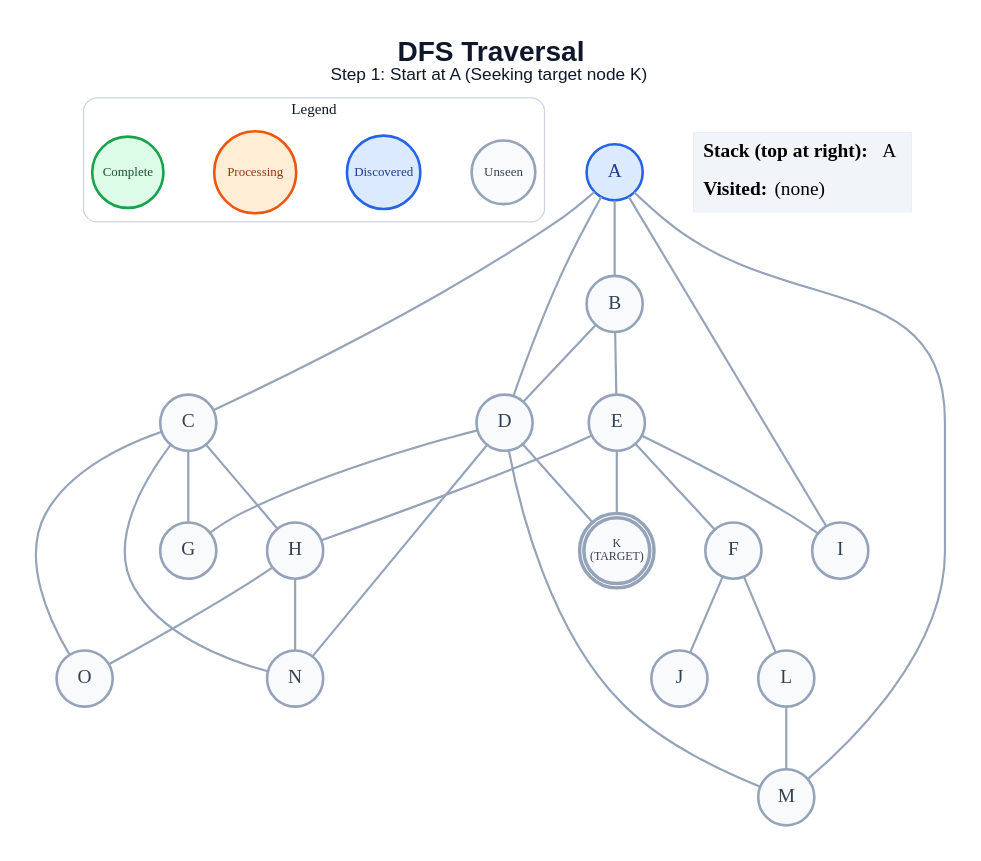
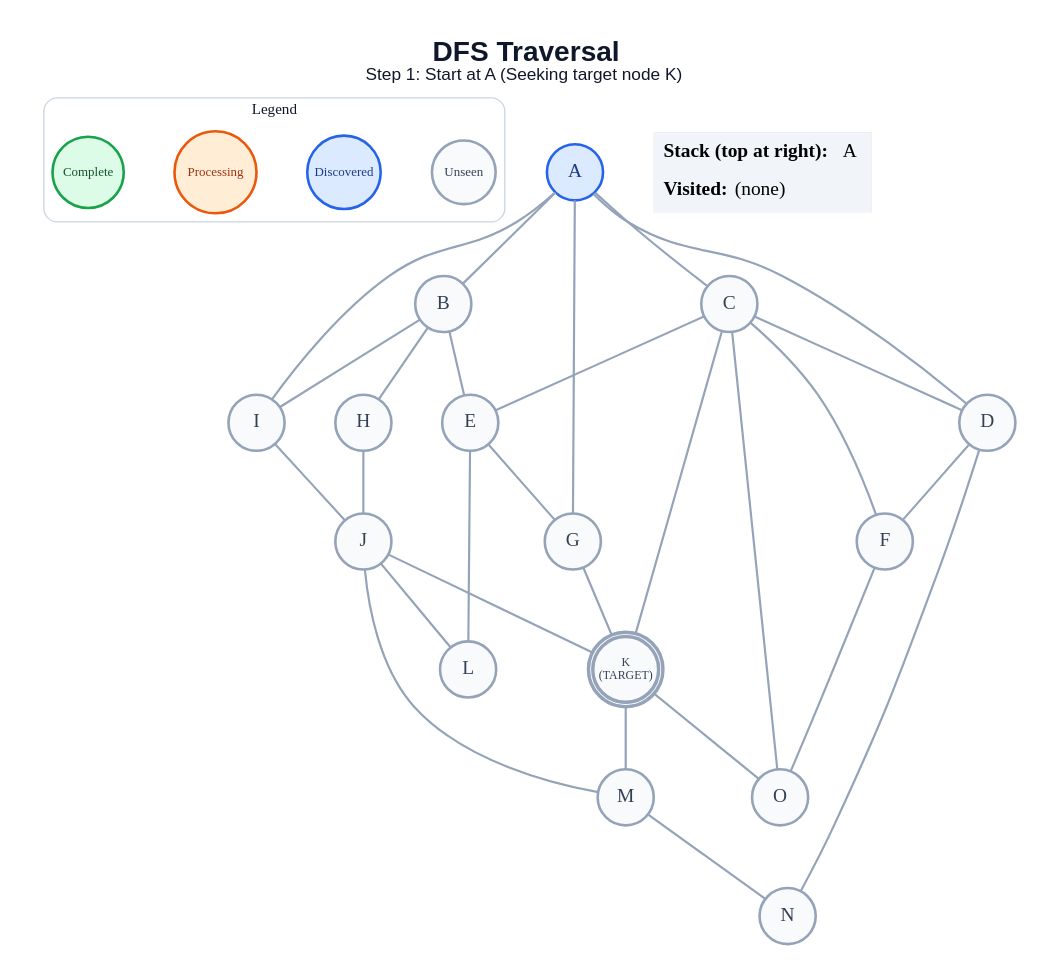
Before and after one commit to anon7238593-create/ai-slop: the diagram in generated/dfs/step_01.dot, drawn with Graphviz. The commit also changed 249 other files, not shown here.

```diff
--- a/generated/dfs/step_01.dot
+++ b/generated/dfs/step_01.dot
@@ -1,58 +1,61 @@
 graph traversal {
   graph [layout=dot, rankdir=TB, bgcolor="#FFFFFF", pad="0.35", nodesep="0.65", ranksep="0.8", fontname="Arial"];
   node [shape=circle, style="filled", fontname="Arial Bold", fontsize=18, width=0.72, fixedsize=true, penwidth=2.4];
   edge [color="#94A3B8", penwidth=2.0];
   label=<<B>DFS Traversal</B><BR/><FONT POINT-SIZE="16">Step 1: Start at A (Seeking target node K)</FONT>>; labelloc="t"; fontsize=26; fontname="Arial"; fontcolor="#0F172A";
   subgraph cluster_legend { label="Legend"; color="#CBD5E1"; penwidth=1.2; style="rounded"; fontsize=14; fontname="Arial Bold";
     key_unseen [label="Unseen", fillcolor="#F8FAFC", color="#94A3B8", fontcolor="#334155", fontsize=12, width=0.82];
     key_frontier [label="Discovered", fillcolor="#DBEAFE", color="#2563EB", fontcolor="#1E3A8A", fontsize=12, width=0.95];
     key_current [label="Processing", fillcolor="#FFEDD5", color="#EA580C", fontcolor="#9A3412", fontsize=12, width=1.05];
     key_done [label="Complete", fillcolor="#DCFCE7", color="#16A34A", fontcolor="#14532D", fontsize=12, width=0.92];
     { rank=same; key_unseen; key_frontier; key_current; key_done; }
   }
   A [label="A", fillcolor="#DBEAFE", color="#2563EB", fontcolor="#1E3A8A", peripheries=1, penwidth=2.4];
   B [label="B", fillcolor="#F8FAFC", color="#94A3B8", fontcolor="#334155", peripheries=1, penwidth=2.4];
   C [label="C", fillcolor="#F8FAFC", color="#94A3B8", fontcolor="#334155", peripheries=1, penwidth=2.4];
   D [label="D", fillcolor="#F8FAFC", color="#94A3B8", fontcolor="#334155", peripheries=1, penwidth=2.4];
   E [label="E", fillcolor="#F8FAFC", color="#94A3B8", fontcolor="#334155", peripheries=1, penwidth=2.4];
   F [label="F", fillcolor="#F8FAFC", color="#94A3B8", fontcolor="#334155", peripheries=1, penwidth=2.4];
   G [label="G", fillcolor="#F8FAFC", color="#94A3B8", fontcolor="#334155", peripheries=1, penwidth=2.4];
   H [label="H", fillcolor="#F8FAFC", color="#94A3B8", fontcolor="#334155", peripheries=1, penwidth=2.4];
   I [label="I", fillcolor="#F8FAFC", color="#94A3B8", fontcolor="#334155", peripheries=1, penwidth=2.4];
   J [label="J", fillcolor="#F8FAFC", color="#94A3B8", fontcolor="#334155", peripheries=1, penwidth=2.4];
   K [label="K\n(TARGET)", fillcolor="#F8FAFC", color="#94A3B8", fontcolor="#334155", peripheries=2, penwidth=3.2, fontsize=11, width=0.85, height=0.85];
   L [label="L", fillcolor="#F8FAFC", color="#94A3B8", fontcolor="#334155", peripheries=1, penwidth=2.4];
   M [label="M", fillcolor="#F8FAFC", color="#94A3B8", fontcolor="#334155", peripheries=1, penwidth=2.4];
   N [label="N", fillcolor="#F8FAFC", color="#94A3B8", fontcolor="#334155", peripheries=1, penwidth=2.4];
   O [label="O", fillcolor="#F8FAFC", color="#94A3B8", fontcolor="#334155", peripheries=1, penwidth=2.4];
   A -- B;
   A -- C;
   A -- D;
+  A -- G;
   A -- I;
-  A -- M;
-  B -- D;
   B -- E;
-  C -- G;
-  C -- H;
-  C -- N;
+  B -- H;
+  B -- I;
+  C -- D;
+  C -- E;
+  C -- F;
+  C -- K;
   C -- O;
-  D -- G;
-  D -- K;
-  D -- M;
+  D -- F;
   D -- N;
-  E -- F;
-  E -- H;
-  E -- I;
-  E -- K;
-  F -- J;
-  F -- L;
-  H -- N;
-  H -- O;
-  L -- M;
+  E -- G;
+  E -- L;
+  F -- O;
+  G -- K;
+  H -- J;
+  I -- J;
+  J -- K;
+  J -- L;
+  J -- M;
+  K -- M;
+  K -- O;
+  M -- N;
   status [shape=plain, fixedsize=false, width=0, height=0, margin=0, label=<
     <TABLE BORDER="0" CELLBORDER="0" CELLPADDING="7" BGCOLOR="#F1F5F9">
       <TR><TD ALIGN="LEFT"><B>Stack (top at right):</B> A</TD></TR>
       <TR><TD ALIGN="LEFT"><B>Visited:</B> (none)</TD></TR>
     </TABLE>
   >];
 }
```
